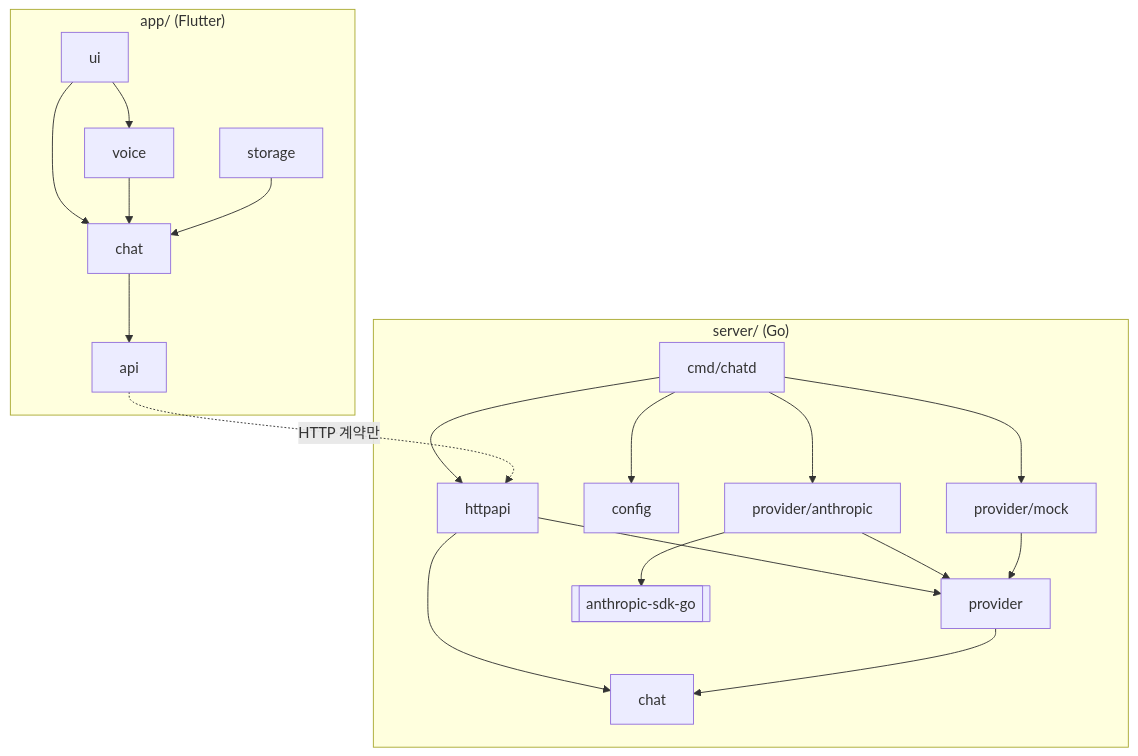
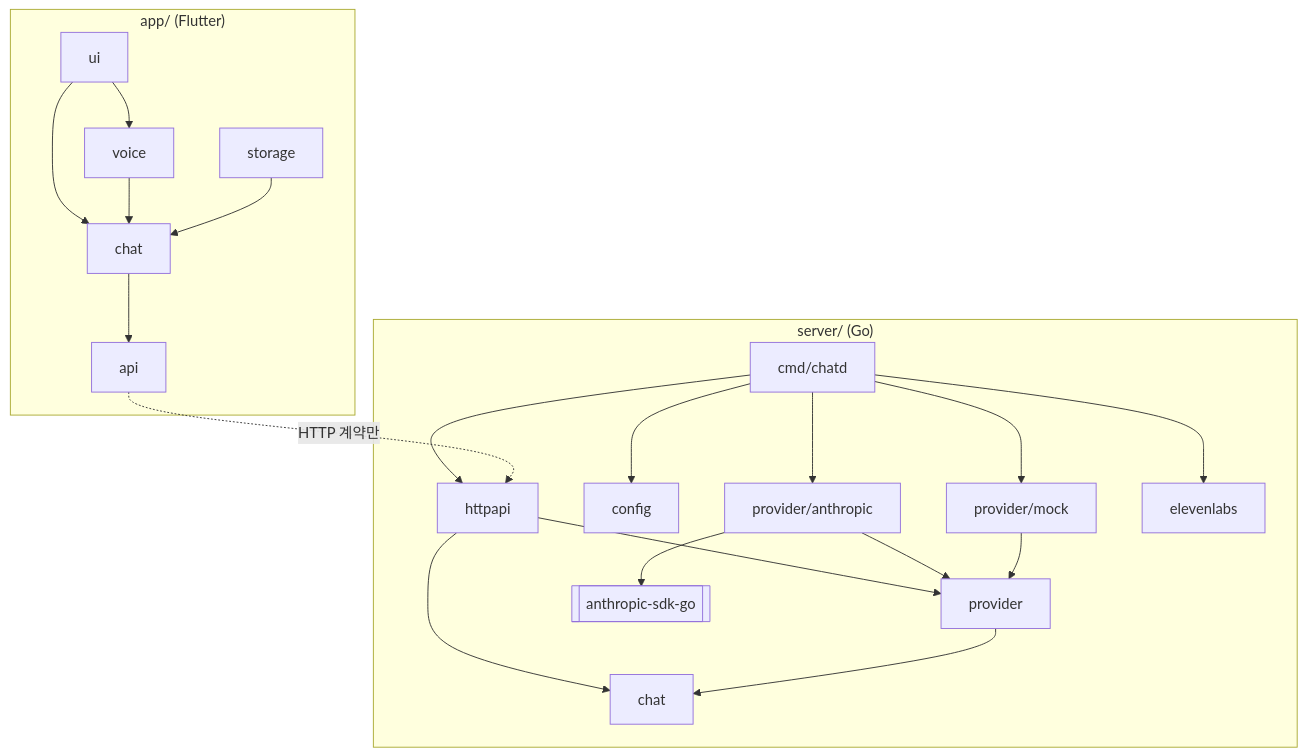
One commit to kimtaesung98/ai-agent-chat-demo changed the second of 7 diagrams in ARCHITECTURE.md. Above: the diagram before and after it, drawn with Mermaid. The commit also changed other lines of this file and 27 other files, not shown here.

````diff
--- a/ARCHITECTURE.md
+++ b/ARCHITECTURE.md
@@ -176,23 +180,24 @@
 ```mermaid
 flowchart TD
     subgraph Server ["server/ (Go)"]
         CMD[cmd/chatd] --> HTTP[httpapi]
         CMD --> CFG[config]
         CMD --> ANT[provider/anthropic]
         CMD --> MOCK[provider/mock]
         HTTP --> PROV[provider]
         HTTP --> CHAT[chat]
         ANT --> PROV
         MOCK --> PROV
         PROV --> CHAT
         ANT --> SDK[["anthropic-sdk-go"]]
+        CMD --> EL[elevenlabs]
     end
     subgraph App ["app/ (Flutter)"]
         UI[ui] --> CTRL[chat]
         UI --> VOICE[voice]
         VOICE --> CTRL
         STORE[storage] --> CTRL
         CTRL --> API[api]
     end
     API -.->|"HTTP 계약만"| HTTP
 ```
````
